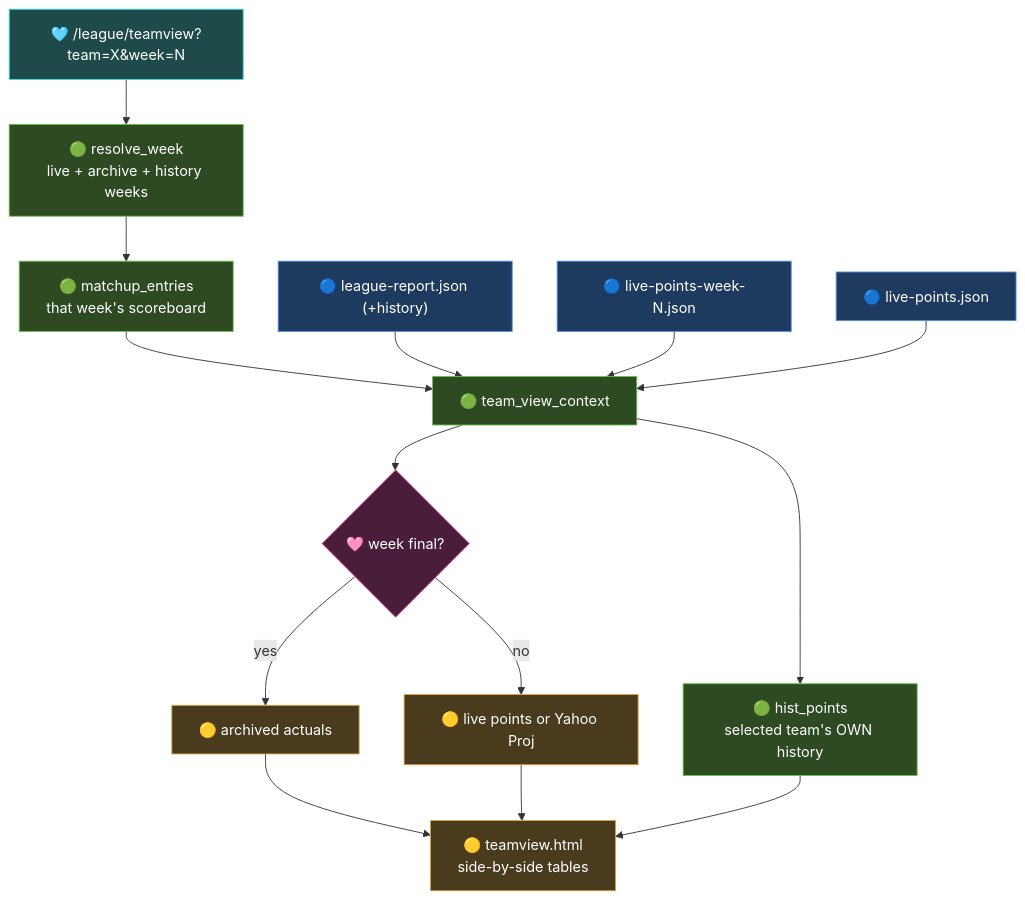
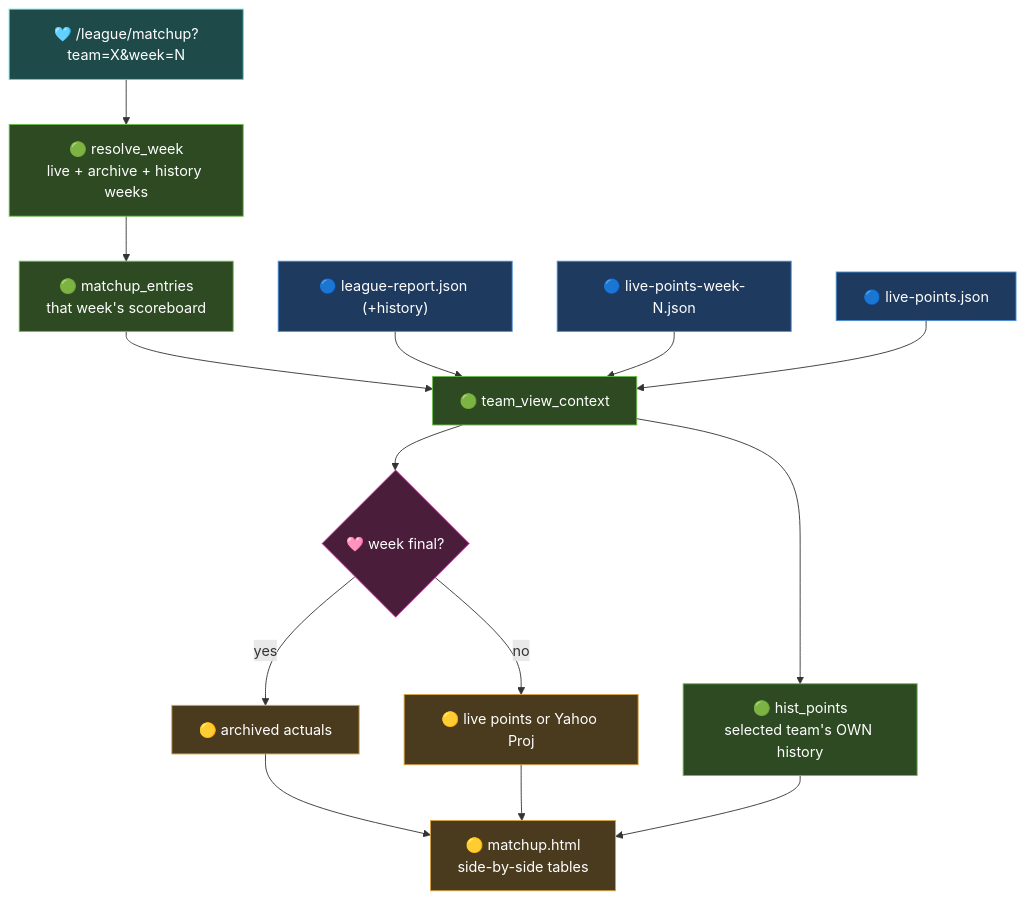
Before and after one commit to m0n3r0/nfl: the second of 4 diagrams in docs/code/RUST_WEB.md, drawn with Mermaid. The commit also changed other lines of this file and 16 other files, not shown here.

First line of the commit message:
rename(web): 'Team View' to 'Matchup' everywhere

````diff
--- a/docs/code/RUST_WEB.md
+++ b/docs/code/RUST_WEB.md
@@ -91,25 +91,25 @@
 ```mermaid
 flowchart TD
-    REQ["🩵 /league/teamview?team=X&week=N"] --> WK["🟢 resolve_week<br/>live + archive + history weeks"]
+    REQ["🩵 /league/matchup?team=X&week=N"] --> WK["🟢 resolve_week<br/>live + archive + history weeks"]
     WK --> OPP["🟢 matchup_entries<br/>that week's scoreboard"]
     OPP --> CTX["🟢 team_view_context"]
     REP["🔵 league-report.json (+history)"] --> CTX
     ARCH["🔵 live-points-week-N.json"] --> CTX
     LIVE["🔵 live-points.json"] --> CTX
     CTX --> PTS{"🩷 week final?"}
     PTS -->|yes| ACT["🟡 archived actuals"]
     PTS -->|no| NOW["🟡 live points or Yahoo Proj"]
-    ACT & NOW --> TPL["🟡 teamview.html<br/>side-by-side tables"]
+    ACT & NOW --> TPL["🟡 matchup.html<br/>side-by-side tables"]
     CTX --> HIST["🟢 hist_points<br/>selected team's OWN history"]
     HIST --> TPL
     classDef in fill:#1e3a5f,stroke:#4a90d9,color:#fff
     classDef fn fill:#2d4a22,stroke:#6abf4b,color:#fff
     classDef out fill:#4a3b1e,stroke:#d9a441,color:#fff
     classDef guard fill:#4a1e3b,stroke:#d941a4,color:#fff
     classDef entry fill:#1e4a4a,stroke:#41d9d9,color:#fff
     class REP,ARCH,LIVE in
     class REQ entry
     class WK,OPP,CTX,HIST fn
     class ACT,NOW,TPL out
     class PTS guard
 ```
````
